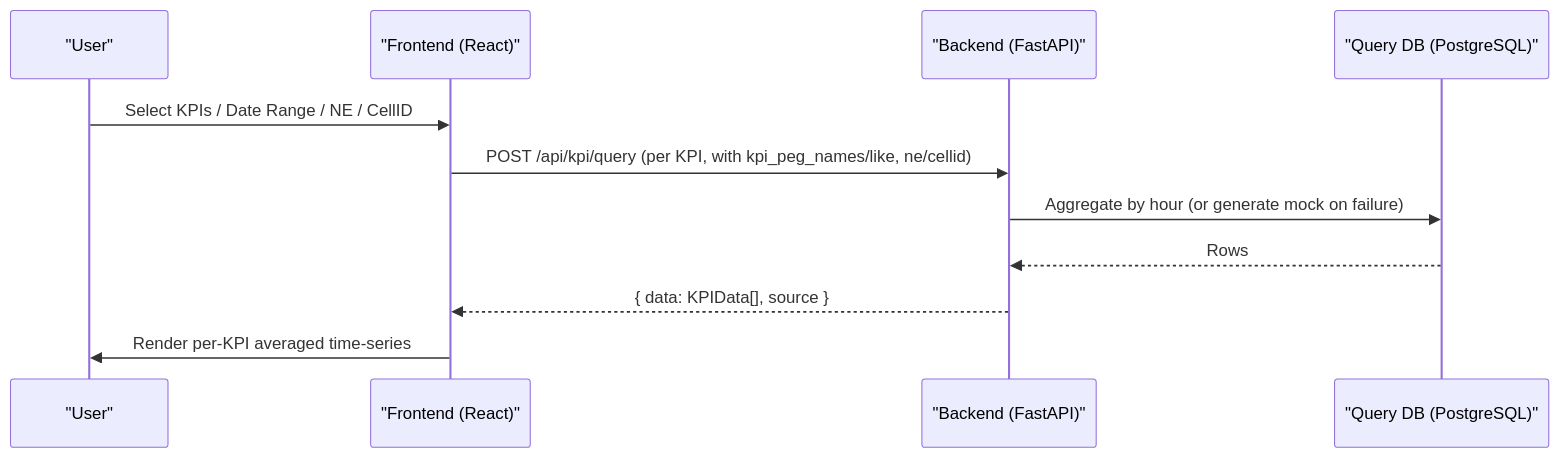
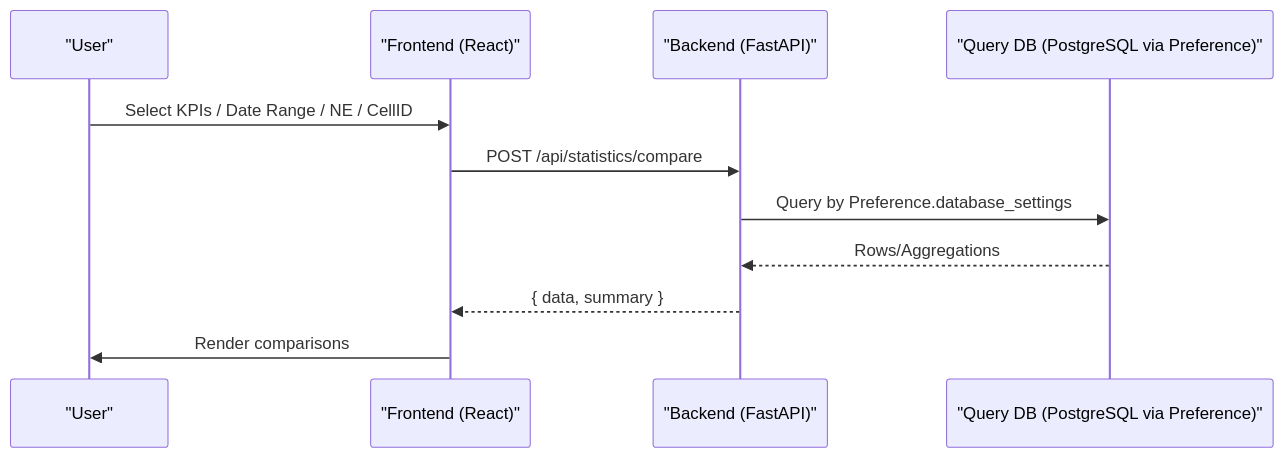
Before and after one commit to Ranponim/0809: the second of 3 diagrams in kpi_dashboard/docs/architecture.md, drawn with Mermaid. The commit also changed other lines of this file and 44 other files, not shown here.

Commit message:
데이터베이스 설정 및 LLM 분석 기능 개선: - PreferenceContext에 데이터베이스 설정 추가 및 관련 UI 컴포넌트 수정. - LLM 분석 요청 시 사용자 ID를 파라미터로 전달하도록 API 수정. - 통계 컴포넌트에서 데이터베이스 설정 UI 제거 및 Preference에서 관리하도록 변경.

````diff
--- a/kpi_dashboard/docs/architecture.md
+++ b/kpi_dashboard/docs/architecture.md
@@ -23,14 +24,14 @@
 ```mermaid
 sequenceDiagram
   participant U as "User"
   participant FE as "Frontend (React)"
   participant BE as "Backend (FastAPI)"
-  participant DB as "Query DB (PostgreSQL)"
+  participant DB as "Query DB (PostgreSQL via Preference)"
 
   U->>FE: Select KPIs / Date Range / NE / CellID
-  FE->>BE: POST /api/kpi/query (per KPI, with kpi_peg_names/like, ne/cellid)
-  BE->>DB: Aggregate by hour (or generate mock on failure)
-  DB-->>BE: Rows
-  BE-->>FE: { data: KPIData[], source }
-  FE->>U: Render per-KPI averaged time-series
+  FE->>BE: POST /api/statistics/compare
+  BE->>DB: Query by Preference.database_settings
+  DB-->>BE: Rows/Aggregations
+  BE-->>FE: { data, summary }
+  FE->>U: Render comparisons
 ```
````
